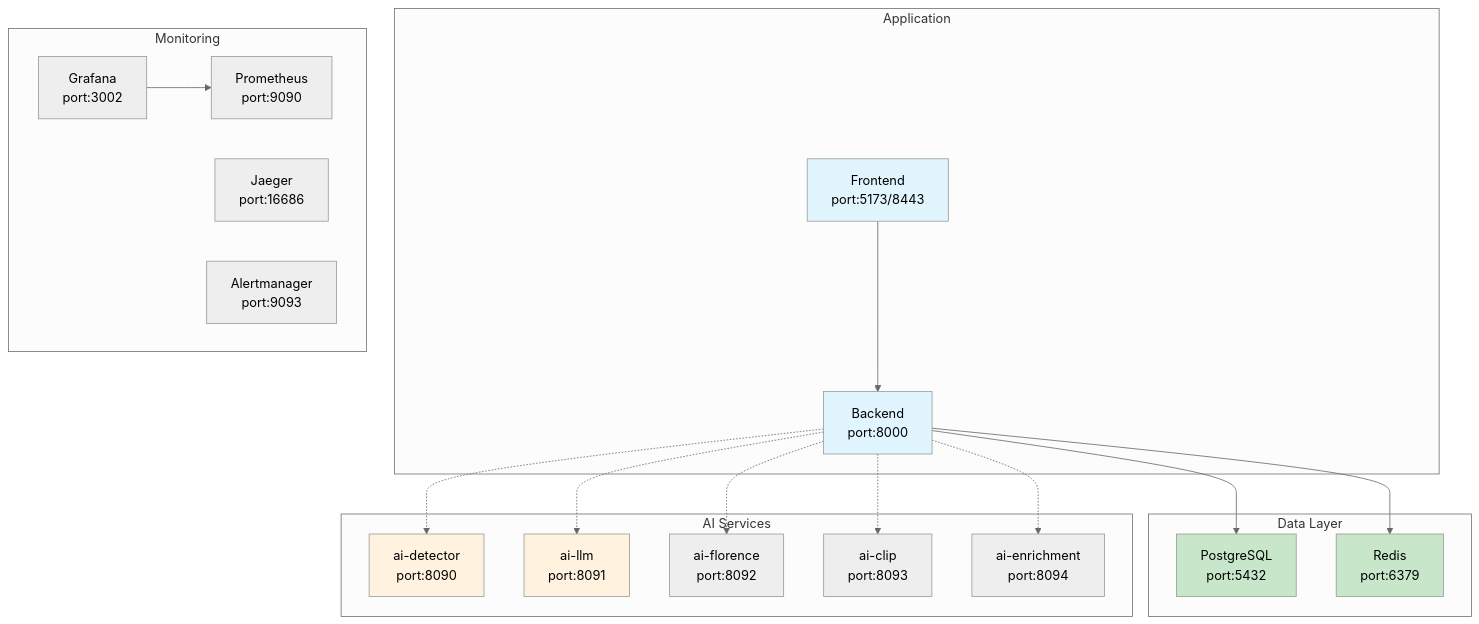
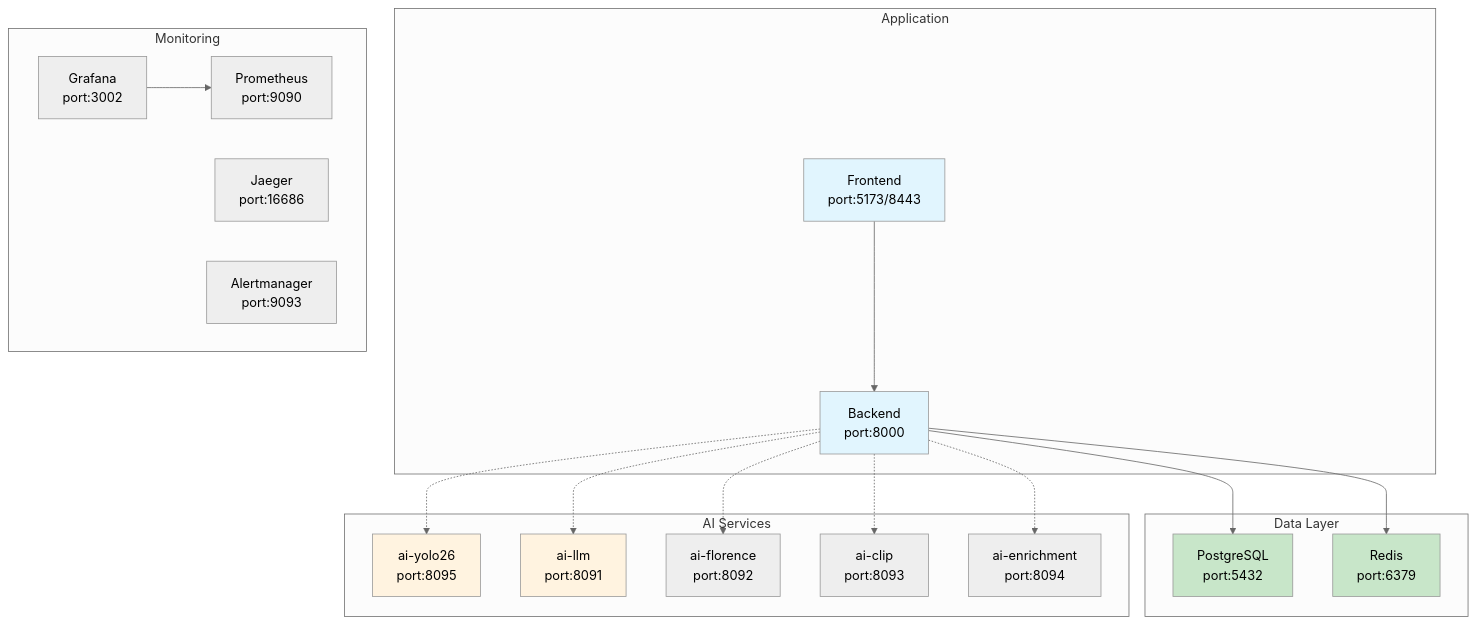
One commit to mikesvoboda/nemotron-v3-home-security-intelligence changed the third of 4 diagrams in docs/deployment/container-orchestration.md. Above: the diagram before and after it, drawn with Mermaid (neutral theme). The commit also changed other lines of this file and 109 other files, not shown here.

````diff
--- a/docs/deployment/container-orchestration.md
+++ b/docs/deployment/container-orchestration.md
@@ -308,47 +308,47 @@
 ```mermaid
 graph TD
     subgraph Data["Data Layer"]
         PG[PostgreSQL<br/>port:5432]
         RD[Redis<br/>port:6379]
     end
 
     subgraph AI["AI Services"]
-        RT[ai-detector<br/>port:8090]
+        RT[ai-yolo26<br/>port:8095]
         NM[ai-llm<br/>port:8091]
         FL[ai-florence<br/>port:8092]
         CL[ai-clip<br/>port:8093]
         EN[ai-enrichment<br/>port:8094]
     end
 
     subgraph App["Application"]
         BE[Backend<br/>port:8000]
         FE[Frontend<br/>port:5173/8443]
     end
 
     subgraph Mon["Monitoring"]
         PR[Prometheus<br/>port:9090]
         GR[Grafana<br/>port:3002]
         JA[Jaeger<br/>port:16686]
         AL[Alertmanager<br/>port:9093]
     end
 
     %% Hard dependencies (must be healthy)
     BE --> PG
     BE --> RD
     BE -.-> RT
     BE -.-> NM
     FE --> BE
     GR --> PR
 
     %% Soft dependencies (optional)
     BE -.-> FL
     BE -.-> CL
     BE -.-> EN
 
     style PG fill:#c8e6c9
     style RD fill:#c8e6c9
     style RT fill:#fff3e0
     style NM fill:#fff3e0
     style BE fill:#e1f5fe
     style FE fill:#e1f5fe
 ```
````
